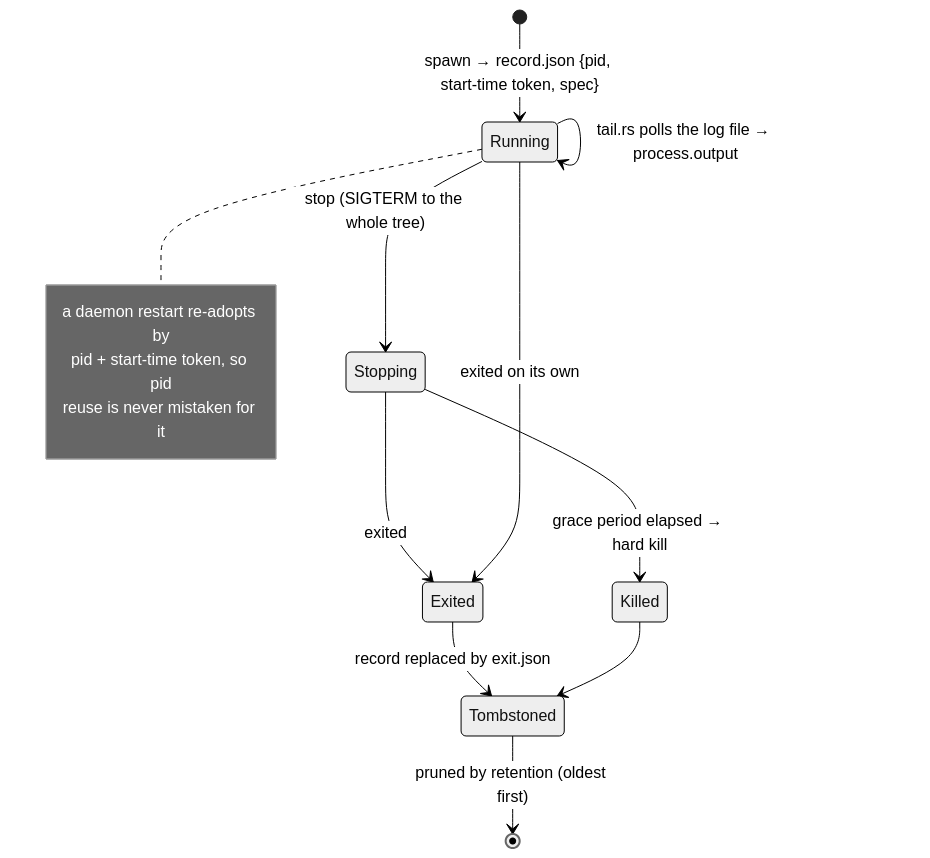
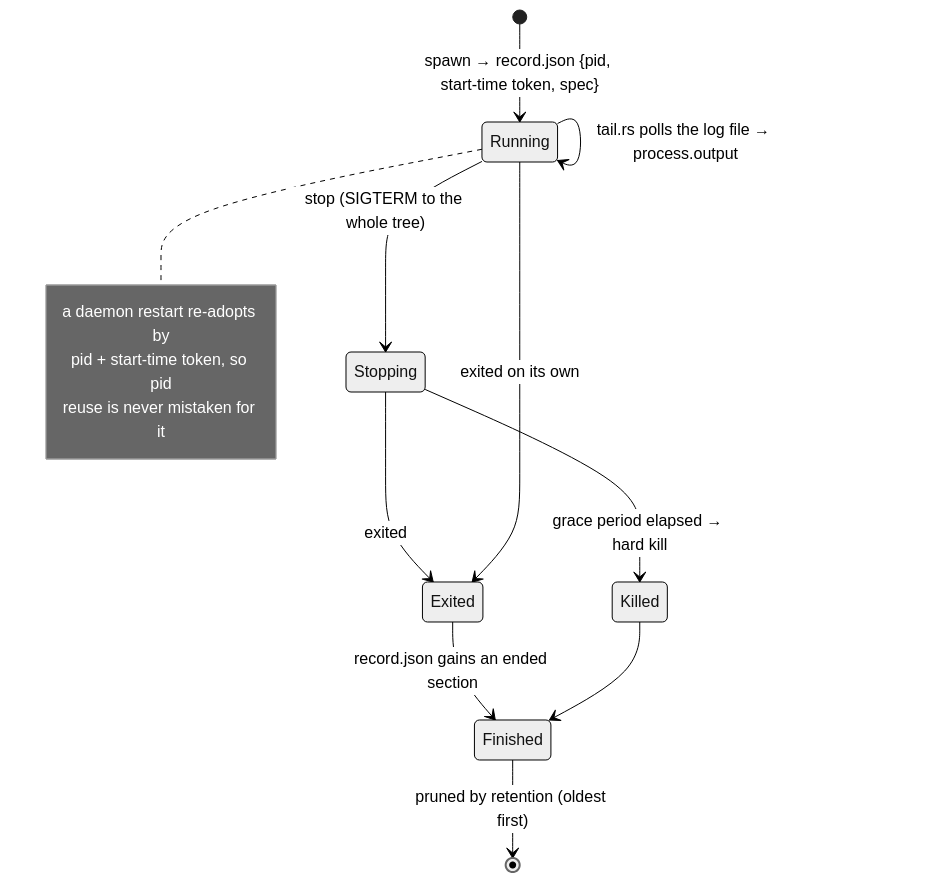
The fourth of 4 diagrams in docs/architecture/engine.md (prytaneum/hestia), drawn with Mermaid (neutral theme) before and after one commit. The commit also changed other lines of this file and 15 other files, not shown here.

````diff
--- a/docs/architecture/engine.md
+++ b/docs/architecture/engine.md
@@ -222,18 +222,18 @@
 ```mermaid
 stateDiagram-v2
     [*] --> Running: spawn → record.json {pid, start-time token, spec}
     Running --> Running: tail.rs polls the log file → process.output
     Running --> Stopping: stop (SIGTERM to the whole tree)
     Stopping --> Exited: exited
     Stopping --> Killed: grace period elapsed → hard kill
     Running --> Exited: exited on its own
-    Exited --> Tombstoned: record replaced by exit.json
-    Killed --> Tombstoned
-    Tombstoned --> [*]: pruned by retention (oldest first)
+    Exited --> Finished: record.json gains an ended section
+    Killed --> Finished
+    Finished --> [*]: pruned by retention (oldest first)
 
     note right of Running
         a daemon restart re-adopts by
         pid + start-time token, so pid
         reuse is never mistaken for it
     end note
 ```
````
